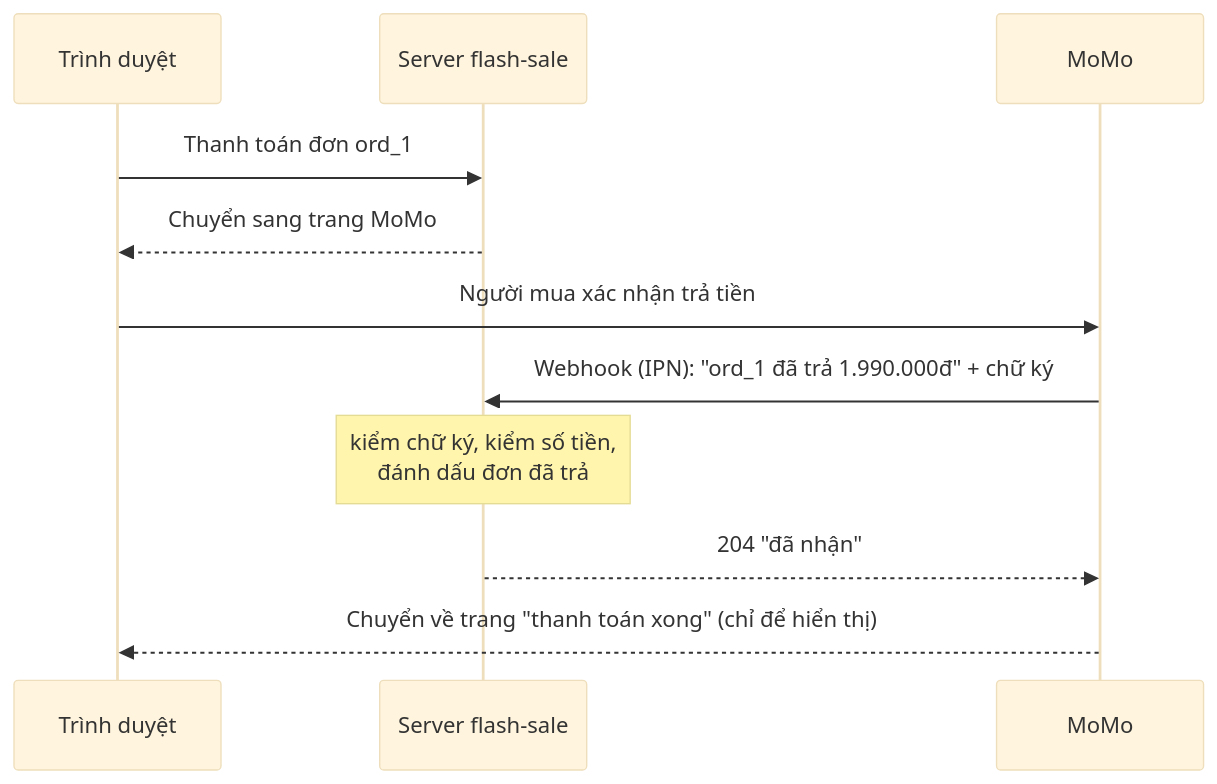
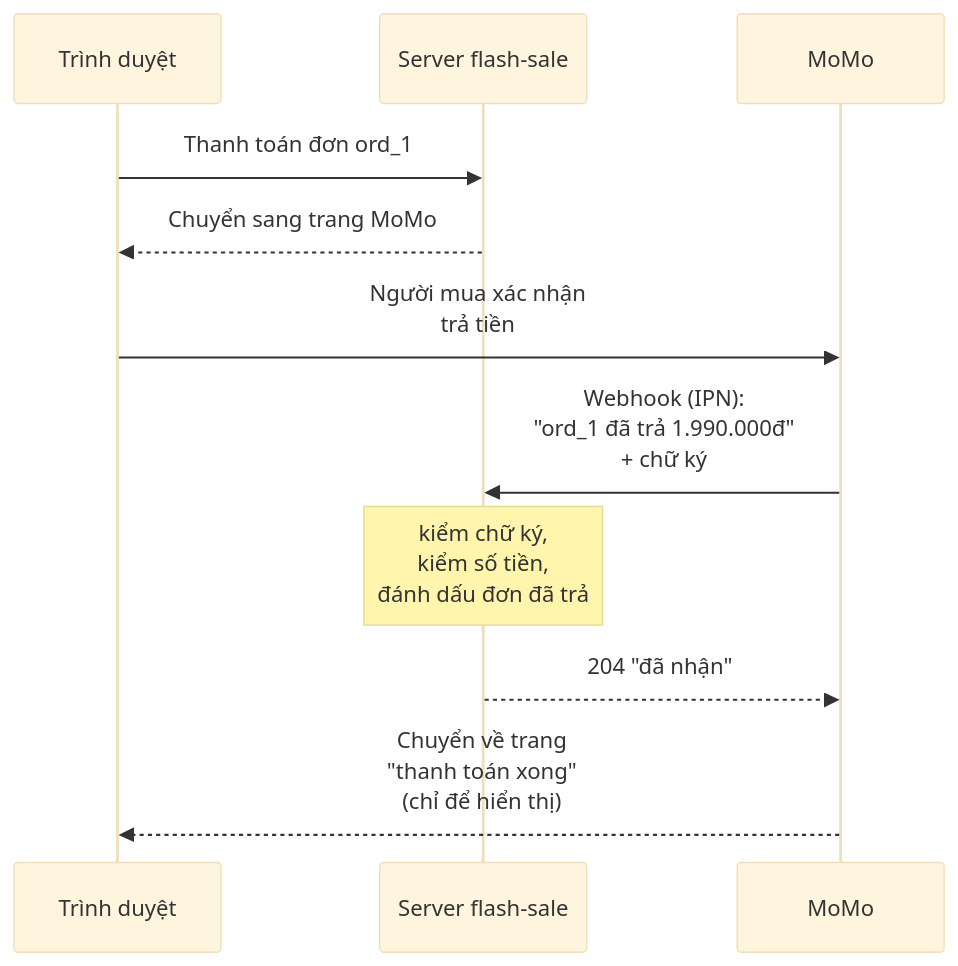
One commit to duongbui234/software-engineering-atlas changed the second of 2 diagrams in content/posts/2026-11-18-api-styles.md. Above: the diagram before and after it, drawn with Mermaid (base theme). The commit also changed other lines of this file and 18 other files, not shown here.

First line of the commit message:
MQ-03 exchange-type comparison, and readable Mermaid diagrams (#6)

````diff
--- a/content/posts/2026-11-18-api-styles.md
+++ b/content/posts/2026-11-18-api-styles.md
@@ -194,13 +195,13 @@
 ```mermaid
 sequenceDiagram
     participant B as Trình duyệt
     participant S as Server flash-sale
     participant M as MoMo
     B->>S: Thanh toán đơn ord_1
     S-->>B: Chuyển sang trang MoMo
-    B->>M: Người mua xác nhận trả tiền
-    M->>S: Webhook (IPN): "ord_1 đã trả 1.990.000đ" + chữ ký
-    Note over S: kiểm chữ ký, kiểm số tiền,<br/>đánh dấu đơn đã trả
+    B->>M: Người mua xác nhận<br/>trả tiền
+    M->>S: Webhook (IPN):<br/>"ord_1 đã trả 1.990.000đ"<br/>+ chữ ký
+    Note over S: kiểm chữ ký,<br/>kiểm số tiền,<br/>đánh dấu đơn đã trả
     S-->>M: 204 "đã nhận"
-    M-->>B: Chuyển về trang "thanh toán xong" (chỉ để hiển thị)
+    M-->>B: Chuyển về trang<br/>"thanh toán xong"<br/>(chỉ để hiển thị)
 ```
````
